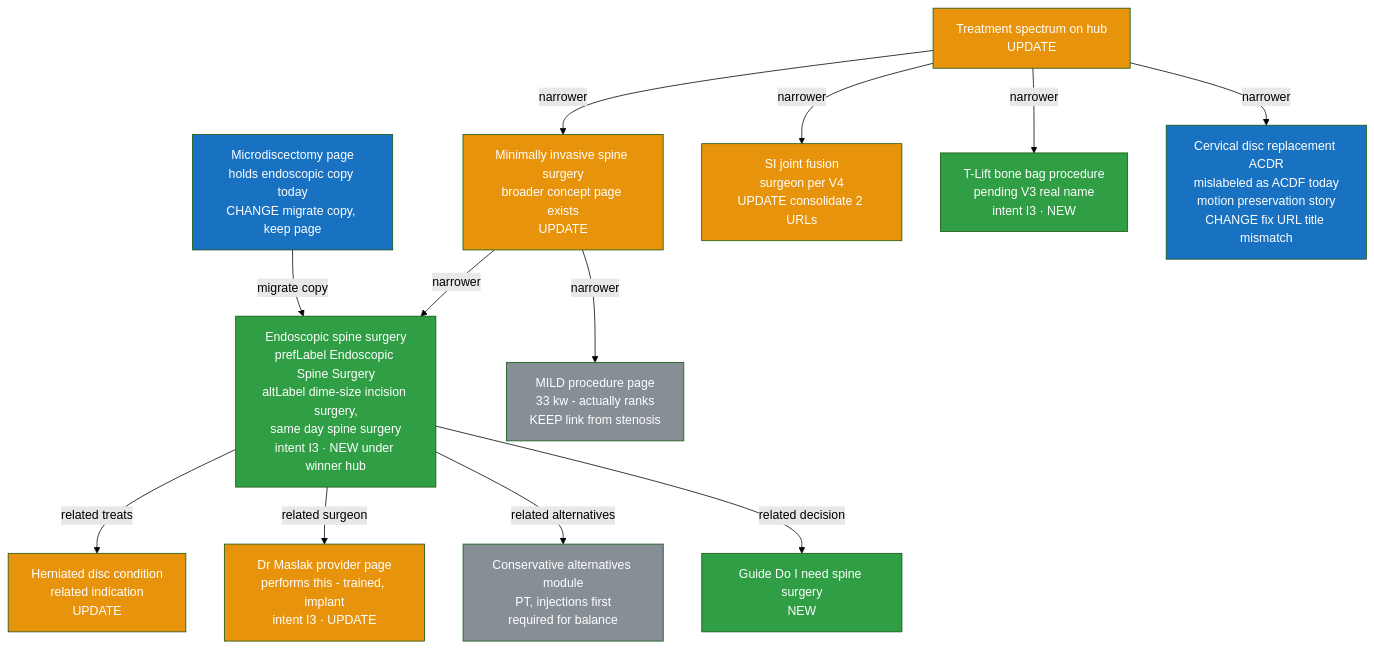
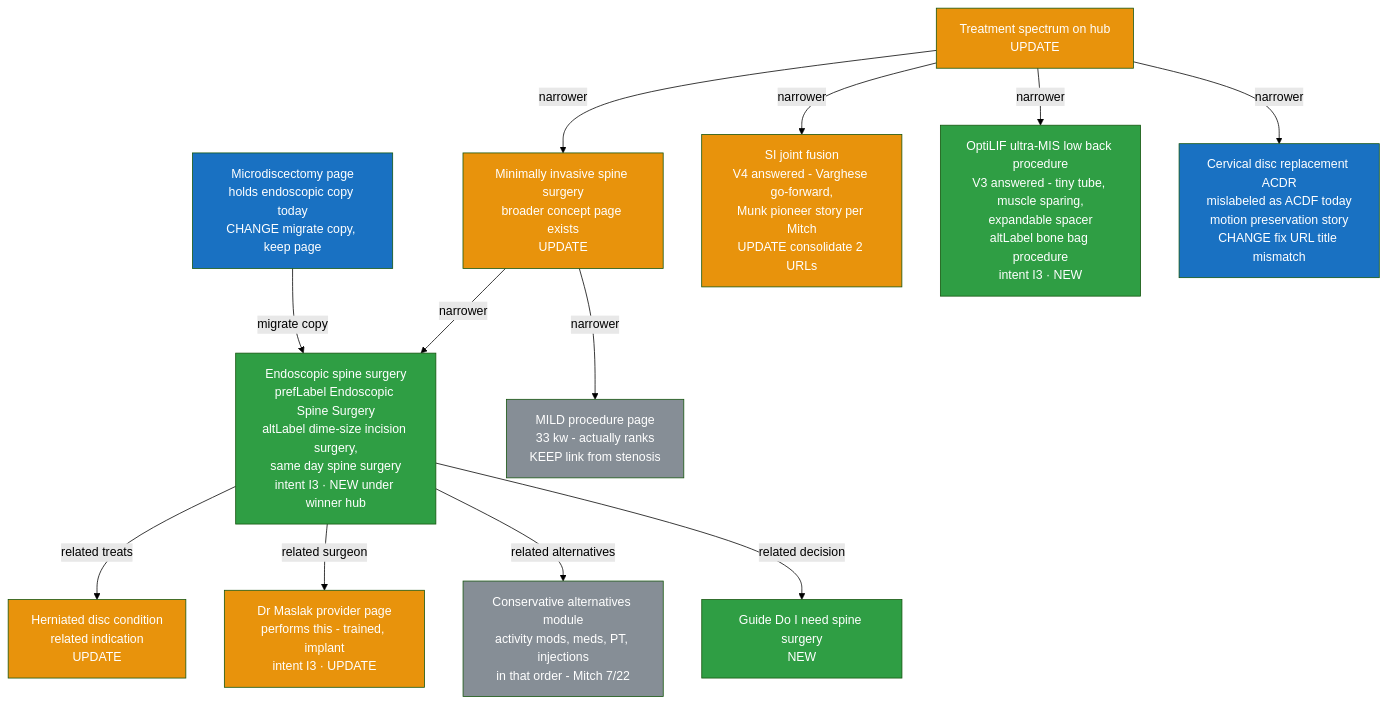
One commit to JosephAndrewMacLean/SHP changed the fifth of 9 diagrams in playbooks/spine-semantic-model.md. Above: the diagram before and after it, drawn with Mermaid (forest theme). The commit also changed other lines of this file and 12 other files, not shown here.

````diff
--- a/playbooks/spine-semantic-model.md
+++ b/playbooks/spine-semantic-model.md
@@ -246,36 +256,36 @@
 ```mermaid
 flowchart TD
     TRTS[Treatment spectrum on hub<br/>UPDATE]
     MISS[Minimally invasive spine surgery<br/>broader concept page exists<br/>UPDATE]
     ENDO[Endoscopic spine surgery<br/>prefLabel Endoscopic Spine Surgery<br/>altLabel dime-size incision surgery,<br/>same day spine surgery<br/>intent I3 · NEW under winner hub]
     MICRO[Microdiscectomy page<br/>holds endoscopic copy today<br/>CHANGE migrate copy, keep page]
-    SIF[SI joint fusion<br/>surgeon per V4<br/>UPDATE consolidate 2 URLs]
-    TLIFT[T-Lift bone bag procedure<br/>pending V3 real name<br/>intent I3 · NEW]
+    SIF[SI joint fusion<br/>V4 answered - Varghese go-forward,<br/>Munk pioneer story per Mitch<br/>UPDATE consolidate 2 URLs]
+    OPTILIF[OptiLIF ultra-MIS low back procedure<br/>V3 answered - tiny tube, muscle sparing,<br/>expandable spacer<br/>altLabel bone bag procedure<br/>intent I3 · NEW]
     ACDR[Cervical disc replacement ACDR<br/>mislabeled as ACDF today<br/>motion preservation story<br/>CHANGE fix URL title mismatch]
     MILD[MILD procedure page<br/>33 kw - actually ranks<br/>KEEP link from stenosis]
     MAS[Dr Maslak provider page<br/>performs this - trained, implant<br/>intent I3 · UPDATE]
     HERN[Herniated disc condition<br/>related indication<br/>UPDATE]
-    CONS[Conservative alternatives module<br/>PT, injections first<br/>required for balance]
+    CONS[Conservative alternatives module<br/>activity mods, meds, PT, injections<br/>in that order - Mitch 7/22]
     GDO[Guide Do I need spine surgery<br/>NEW]
 
     TRTS -->|narrower| MISS
     MISS -->|narrower| ENDO
     MISS -->|narrower| MILD
     TRTS -->|narrower| SIF
-    TRTS -->|narrower| TLIFT
+    TRTS -->|narrower| OPTILIF
     TRTS -->|narrower| ACDR
     MICRO -->|migrate copy| ENDO
     ENDO -->|related treats| HERN
     ENDO -->|related surgeon| MAS
     ENDO -->|related alternatives| CONS
     ENDO -->|related decision| GDO
 
     classDef newN fill:#2f9e44,color:#fff
     classDef updN fill:#e8930c,color:#fff
     classDef chgN fill:#1971c2,color:#fff
     classDef keepN fill:#868e96,color:#fff
-    class ENDO,TLIFT,GDO newN
+    class ENDO,OPTILIF,GDO newN
     class MISS,SIF,MAS,HERN,TRTS updN
     class MICRO,ACDR chgN
     class MILD,CONS keepN
 ```
````
